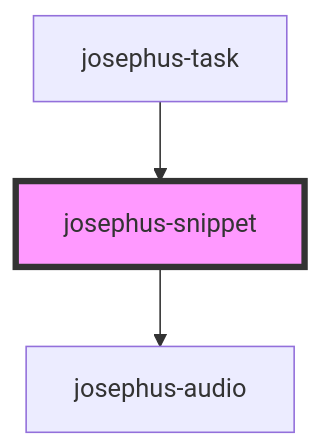
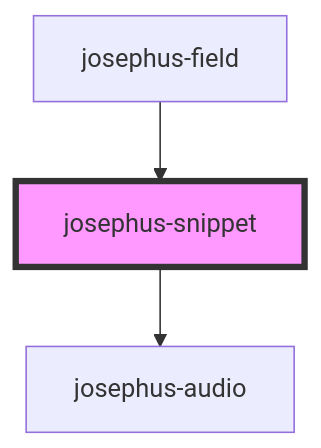
One commit to Koninklijk-Conservatorium/Josephus changed the diagram in src/components/josephus-snippet/readme.md. Above: the diagram before and after it, drawn with Mermaid. The commit also changed other lines of this file and 11 other files, not shown here.

````diff
--- a/src/components/josephus-snippet/readme.md
+++ b/src/components/josephus-snippet/readme.md
@@ -28,6 +29,6 @@
 ```mermaid
 graph TD;
   josephus-snippet --> josephus-audio
-  josephus-task --> josephus-snippet
+  josephus-field --> josephus-snippet
   style josephus-snippet fill:#f9f,stroke:#333,stroke-width:4px
 ```
````
